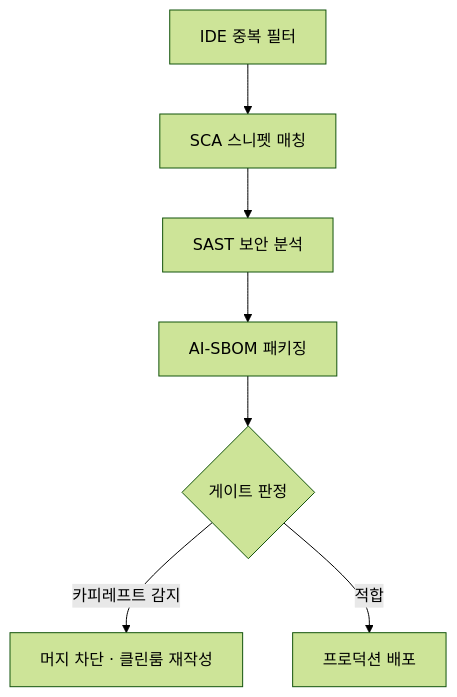
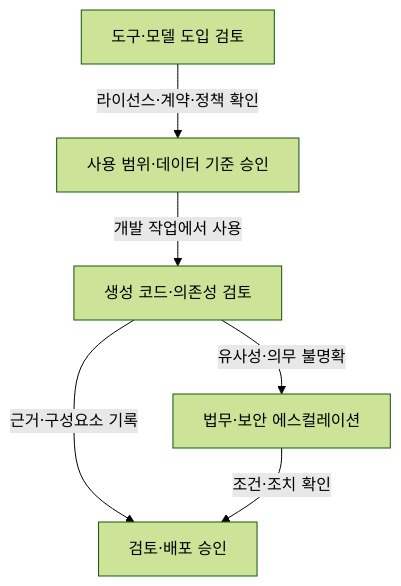
One commit to agnusdei1207/study changed the second of 2 diagrams in src/content/docs/notes/itpe/02-software-engineering/063_ai_generated_code_license_compliance.md. Above: the diagram before and after it, drawn with Mermaid (forest theme). The commit also changed other lines of this file and 31 other files, not shown here.

Commit message:
docs(itpe): correct software engineering architecture and test notes

````diff
--- a/src/content/docs/notes/itpe/02-software-engineering/063_ai_generated_code_license_compliance.md
+++ b/src/content/docs/notes/itpe/02-software-engineering/063_ai_generated_code_license_compliance.md
@@ -103,9 +104,8 @@
 ```mermaid
-flowchart TB
-    A["IDE 중복 필터"] --> B["SCA 스니펫 매칭"]
-    B --> C["SAST 보안 분석"]
-    C --> D["AI-SBOM 패키징"]
-    D --> G{"게이트 판정"}
-    G -->|"카피레프트 감지"| H["머지 차단 · 클린룸 재작성"]
-    G -->|"적합"| I["프로덕션 배포"]
+flowchart TD
+    A["도구·모델 도입 검토"] -->|"라이선스·계약·정책 확인"| B["사용 범위·데이터 기준 승인"]
+    B -->|"개발 작업에서 사용"| C["생성 코드·의존성 검토"]
+    C -->|"근거·구성요소 기록"| D["검토·배포 승인"]
+    C -->|"유사성·의무 불명확"| E["법무·보안 에스컬레이션"]
+    E -->|"조건·조치 확인"| D
 ```
````
